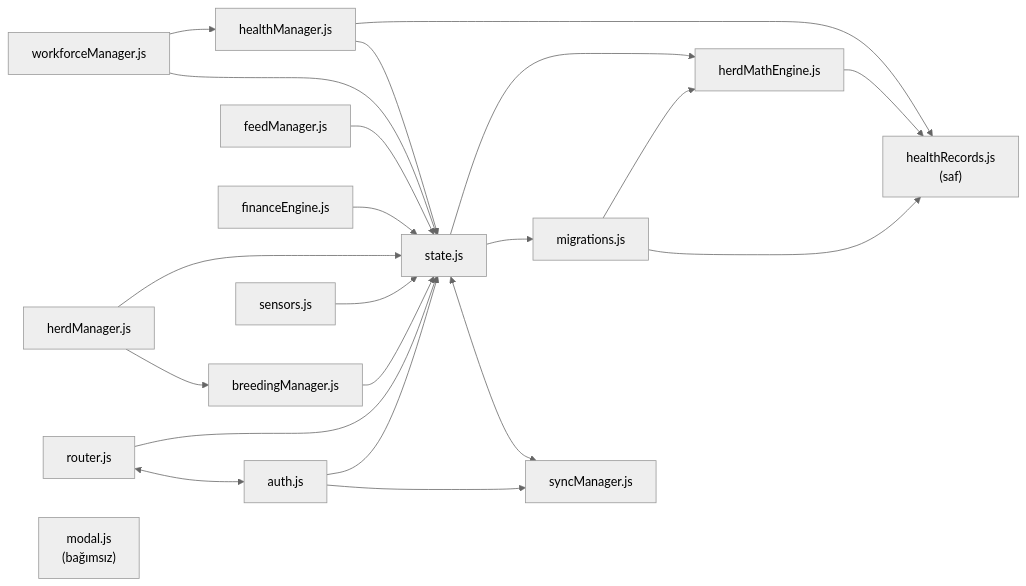
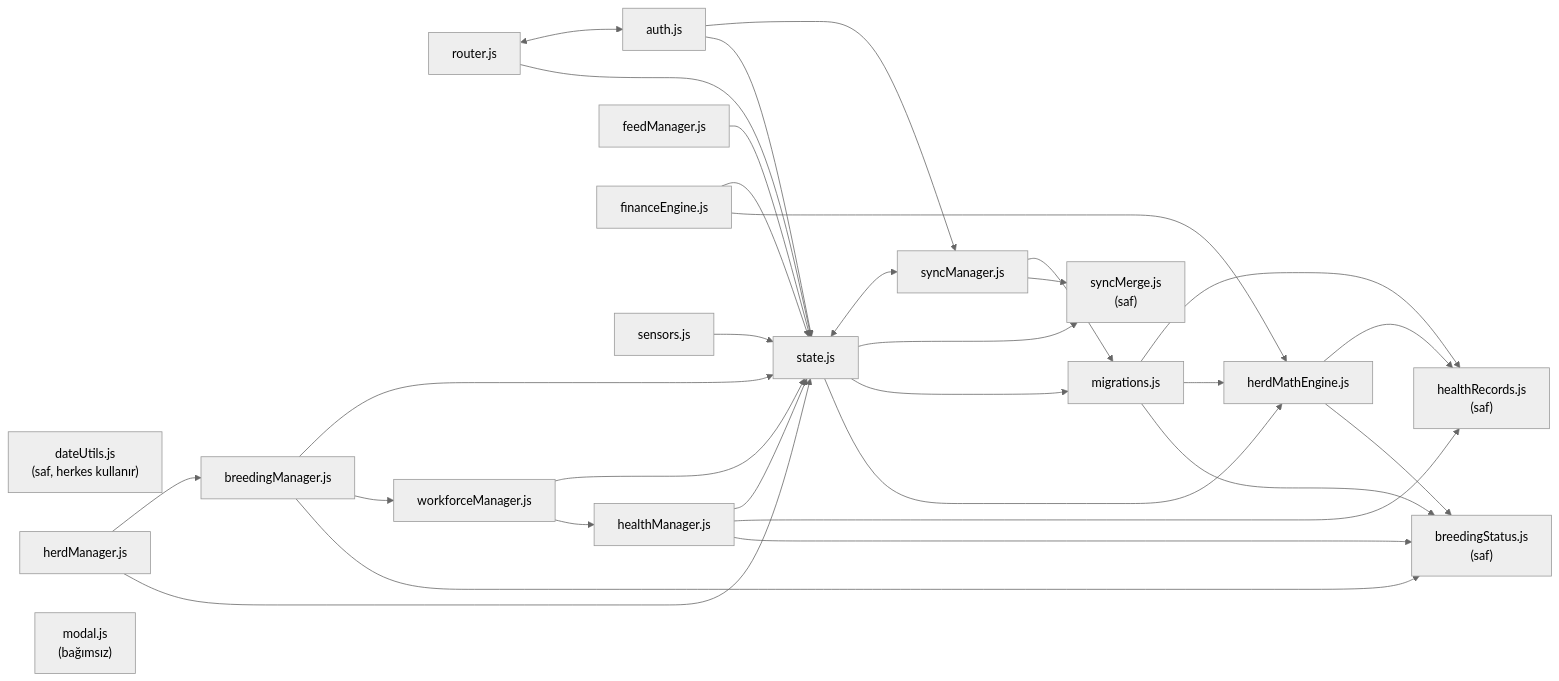
The second of 5 diagrams in ARCHITECTURE.md (feridun35/Kucukbas-Takip), drawn with Mermaid (neutral theme) before and after one commit. The commit also changed other lines of this file and 29 other files, not shown here.

````diff
--- a/ARCHITECTURE.md
+++ b/ARCHITECTURE.md
@@ -69,39 +69,51 @@
 ```mermaid
 flowchart LR
   state["state.js"]
   router["router.js"]
   auth["auth.js"]
   sync["syncManager.js"]
   mig["migrations.js"]
   herdMath["herdMathEngine.js"]
   records["healthRecords.js<br/>(saf)"]
+  bstat["breedingStatus.js<br/>(saf)"]
+  merge["syncMerge.js<br/>(saf)"]
+  dates["dateUtils.js<br/>(saf, herkes kullanır)"]
   health["healthManager.js"]
   herdMgr["herdManager.js"]
   feed["feedManager.js"]
   fin["financeEngine.js"]
   breed["breedingManager.js"]
   work["workforceManager.js"]
   sens["sensors.js"]
   modal["modal.js<br/>(bağımsız)"]
 
   state --> herdMath
   state --> mig
+  state --> merge
   state <--> sync
+  sync --> merge
+  sync --> mig
+  herdMath --> bstat
+  health --> bstat
+  breed --> bstat
+  breed --> work
+  mig --> bstat
+  fin --> herdMath
   mig --> herdMath
   mig --> records
   herdMath --> records
   health --> records
   health --> state
   work --> health
   work --> state
   herdMgr --> state
   herdMgr --> breed
   feed --> state
   fin --> state
   breed --> state
   sens --> state
   router --> state
   router <--> auth
   auth --> state
   auth --> sync
 ```
````
